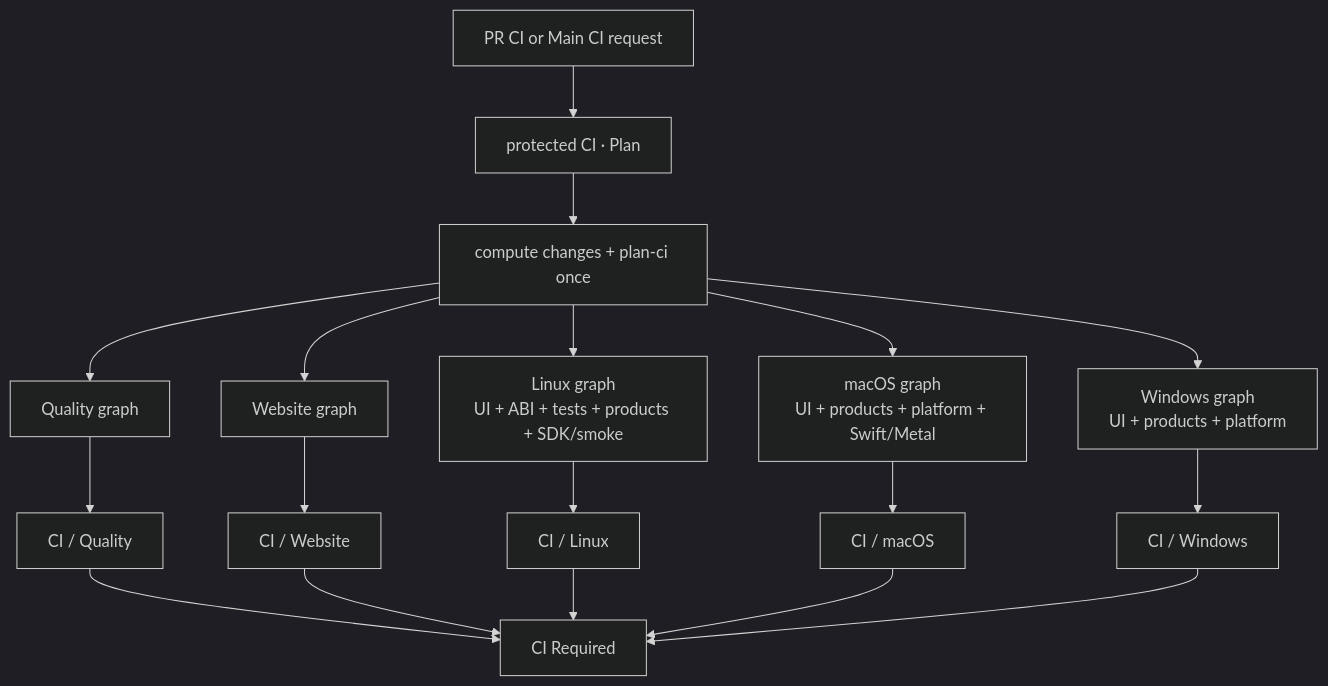
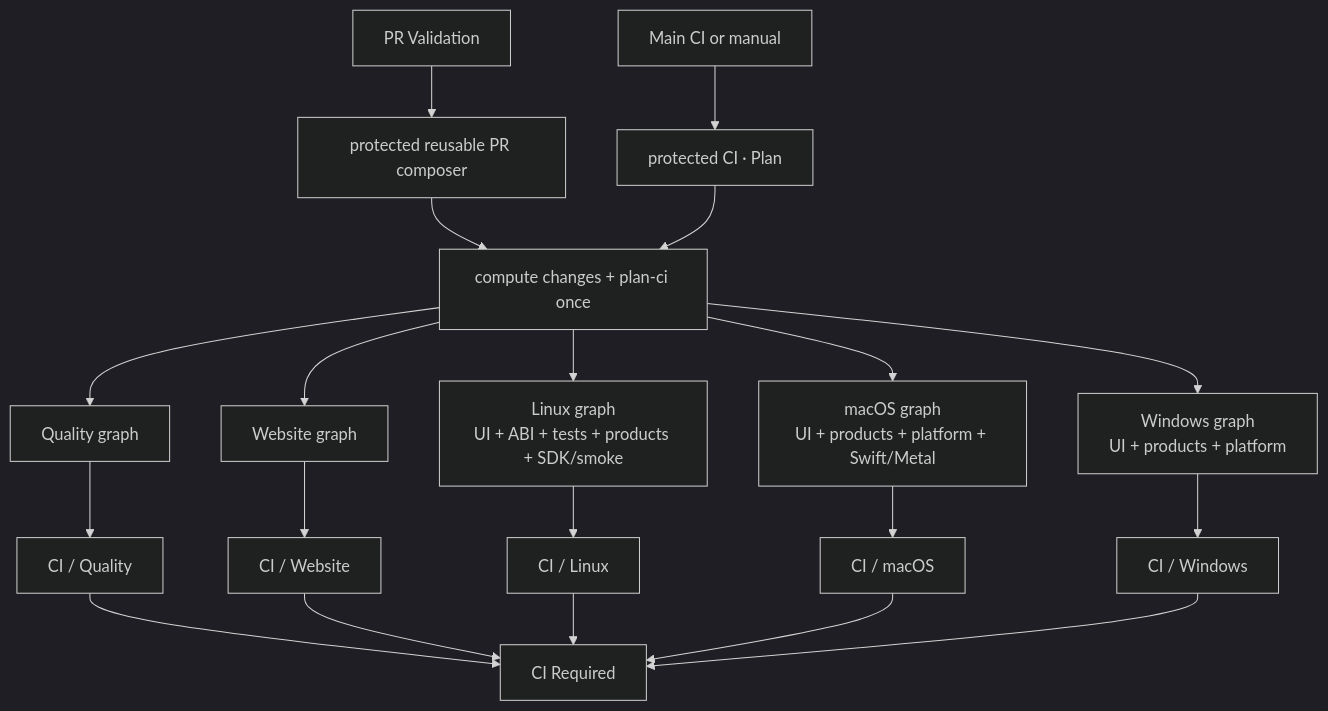
Before and after one commit to Mesh-LLM/mesh-llm: the diagram in ci/ci.md, drawn with Mermaid (dark theme). The commit also changed other lines of this file and 18 other files, not shown here.

````diff
--- a/ci/ci.md
+++ b/ci/ci.md
@@ -37,20 +33,22 @@
 ```mermaid
 flowchart TD
-    ENTRY["PR CI or Main CI request"] --> CONTROL["protected CI · Plan"]
-    CONTROL --> PLAN["compute changes + plan-ci once"]
+    PR["PR Validation"] --> PRPLAN["protected reusable PR composer"]
+    MAIN["Main CI or manual"] --> CONTROL["protected CI · Plan"]
+    PRPLAN --> PLAN["compute changes + plan-ci once"]
+    CONTROL --> PLAN
     PLAN --> QUALITY["Quality graph"]
     PLAN --> WEB["Website graph"]
     PLAN --> LINUX["Linux graph\nUI + ABI + tests + products + SDK/smoke"]
     PLAN --> MAC["macOS graph\nUI + products + platform + Swift/Metal"]
     PLAN --> WIN["Windows graph\nUI + products + platform"]
     QUALITY --> QC["CI / Quality"]
     WEB --> WC["CI / Website"]
     LINUX --> LC["CI / Linux"]
     MAC --> MC["CI / macOS"]
     WIN --> XC["CI / Windows"]
     QC --> GATE["CI Required"]
     WC --> GATE
     LC --> GATE
     MC --> GATE
     XC --> GATE
 ```
````
